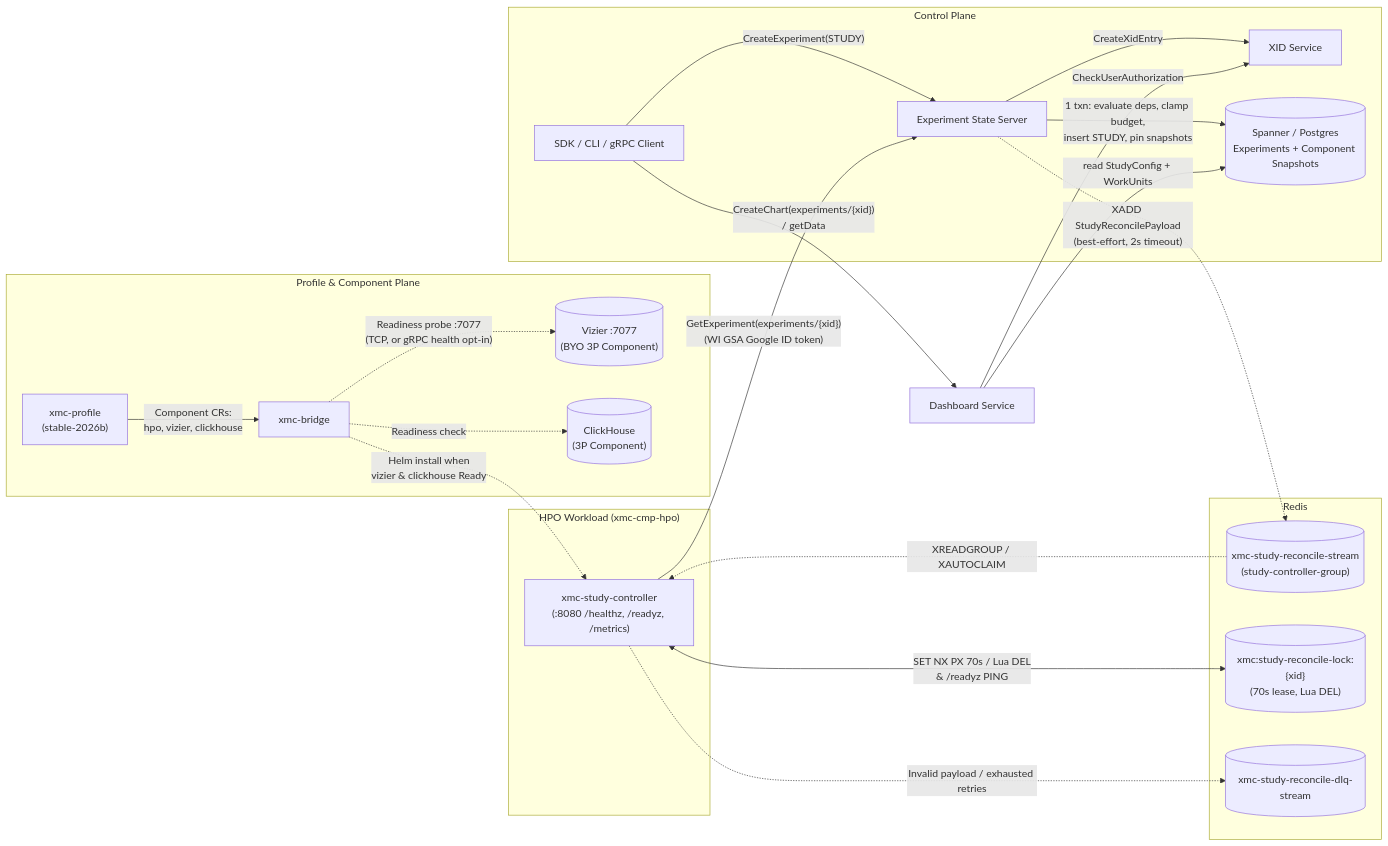
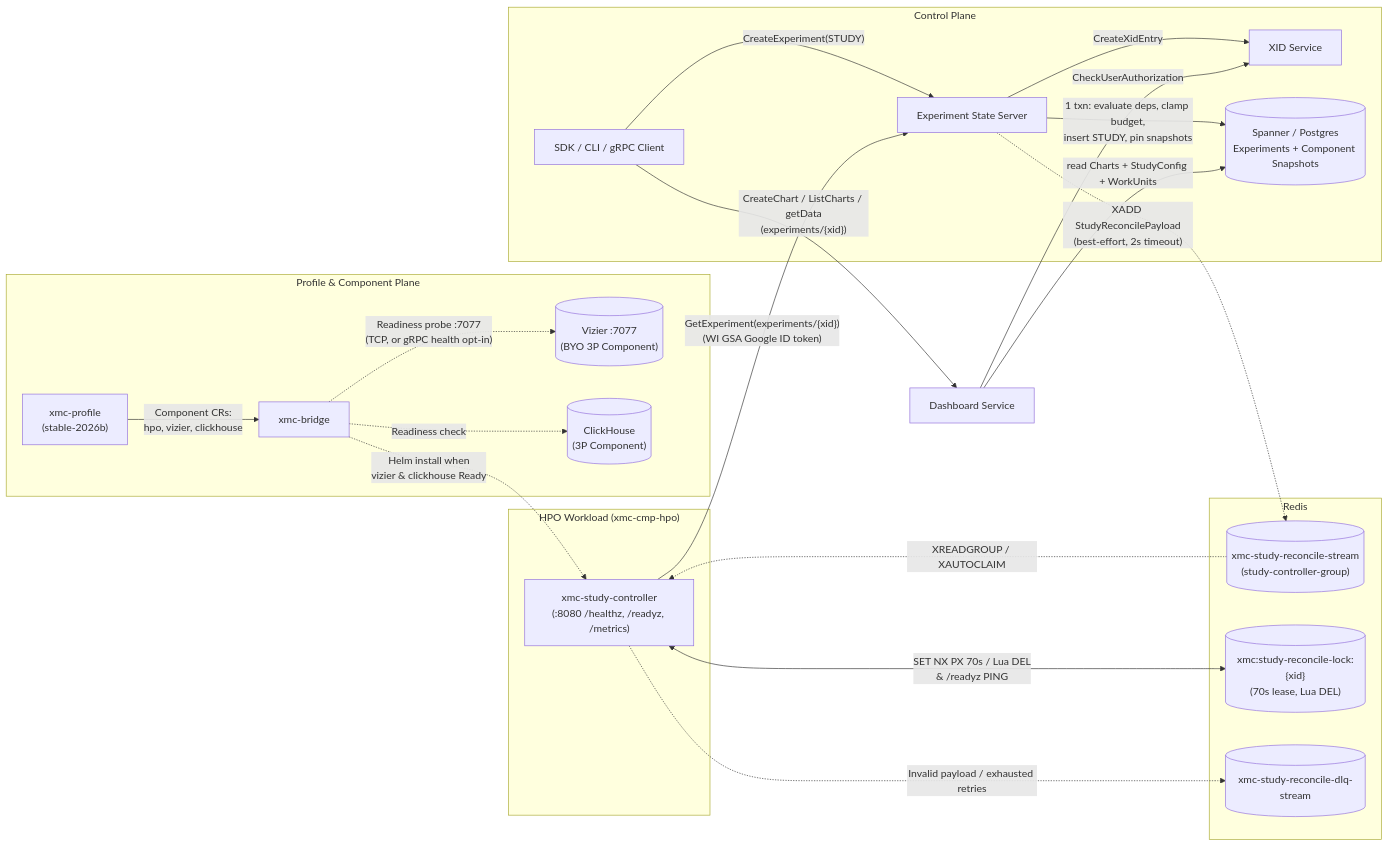
One commit to google/xmc changed the first of 3 diagrams in docs/flows/study_lifecycle.md. Above: the diagram before and after it, drawn with Mermaid. The commit also changed other lines of this file and 14 other files, not shown here.

First line of the commit message:
feat(dashboard): list experiment-level charts (#1738)

````diff
--- a/docs/flows/study_lifecycle.md
+++ b/docs/flows/study_lifecycle.md
@@ -28,47 +28,47 @@
 ```mermaid
 flowchart LR
     subgraph Admin["Profile & Component Plane"]
         Prof["xmc-profile<br/>(stable-2026b)"]
         Bridge["xmc-bridge"]
         Viz[("Vizier :7077<br/>(BYO 3P Component)")]
         CH[("ClickHouse<br/>(3P Component)")]
     end
 
     subgraph Control["Control Plane"]
         Client["SDK / CLI / gRPC Client"]
         ESS["Experiment State Server"]
         XID["XID Service"]
         DB[("Spanner / Postgres<br/>Experiments + Component Snapshots")]
     end
 
     subgraph Bus["Redis"]
         Stream[("xmc-study-reconcile-stream<br/>(study-controller-group)")]
         Lock[("xmc:study-reconcile-lock:{xid}<br/>(70s lease, Lua DEL)")]
         DLQ[("xmc-study-reconcile-dlq-stream")]
     end
 
     subgraph HPO["HPO Workload (xmc-cmp-hpo)"]
         SC["xmc-study-controller<br/>(:8080 /healthz, /readyz, /metrics)"]
     end
 
     DS["Dashboard Service"]
 
     Prof -->|"Component CRs:<br/>hpo, vizier, clickhouse"| Bridge
     Bridge -.->|"Readiness probe :7077<br/>(TCP, or gRPC health opt-in)"| Viz
     Bridge -.->|"Readiness check"| CH
     Bridge -.->|"Helm install when<br/>vizier & clickhouse Ready"| SC
 
     Client -->|"CreateExperiment(STUDY)"| ESS
     ESS -->|"CreateXidEntry"| XID
     ESS -->|"1 txn: evaluate deps, clamp budget,<br/>insert STUDY, pin snapshots"| DB
     ESS -.->|"XADD StudyReconcilePayload<br/>(best-effort, 2s timeout)"| Stream
 
     Stream -.->|"XREADGROUP / XAUTOCLAIM"| SC
     SC <-->|"SET NX PX 70s / Lua DEL<br/>& /readyz PING"| Lock
     SC -->|"GetExperiment(experiments/{xid})<br/>(WI GSA Google ID token)"| ESS
     SC -.->|"Invalid payload / exhausted retries"| DLQ
 
-    Client -->|"CreateChart(experiments/{xid})<br/>/ getData"| DS
+    Client -->|"CreateChart / ListCharts / getData<br/>(experiments/{xid})"| DS
     DS -->|"CheckUserAuthorization"| XID
-    DS -->|"read StudyConfig + WorkUnits"| DB
+    DS -->|"read Charts + StudyConfig + WorkUnits"| DB
 ```
````
